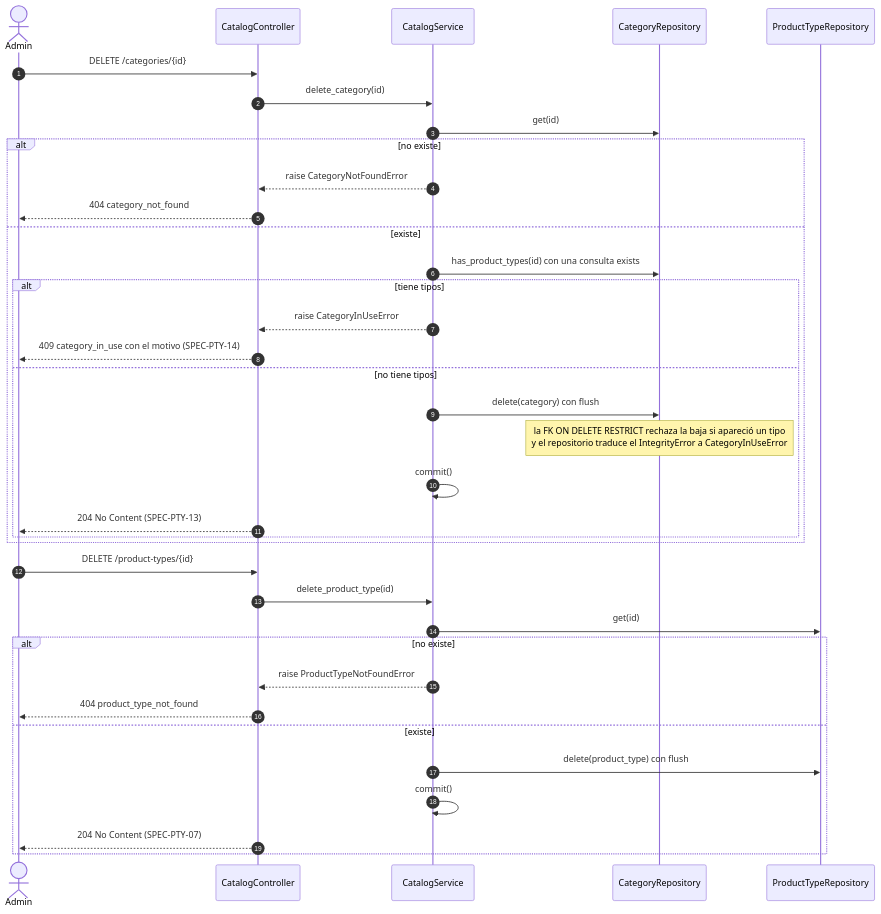
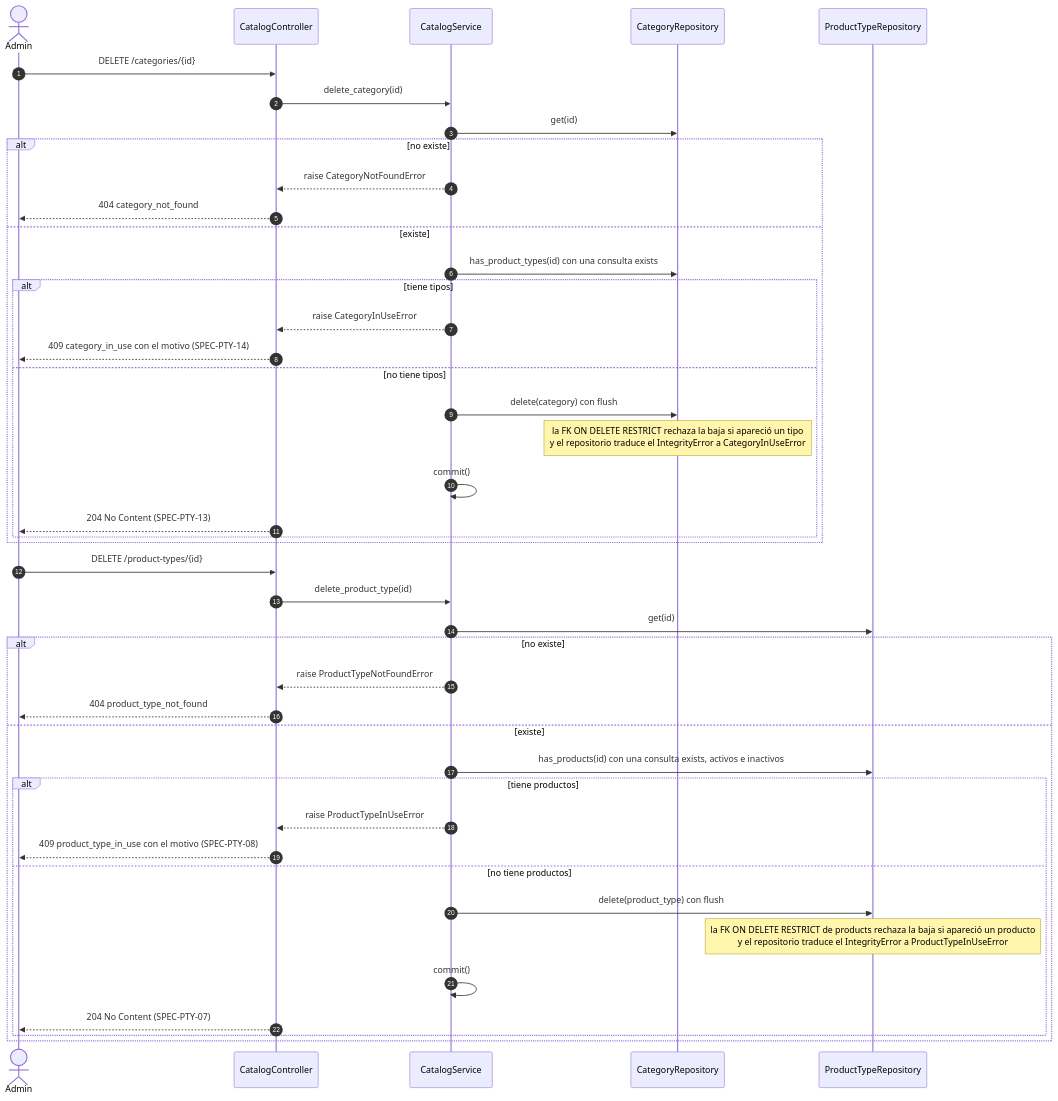
The third of 4 diagrams in diagrams/sequences/02-product-types.md (Diazfe-dev/AyED-III-python-ticket-service), drawn with Mermaid before and after one commit. The commit also changed other lines of this file and 25 other files, not shown here.

Commit message:
feat(product): add products with soft delete, filtered listings and product type delete guard

````diff
--- a/diagrams/sequences/02-product-types.md
+++ b/diagrams/sequences/02-product-types.md
@@ -90,40 +90,47 @@
 ```mermaid
 sequenceDiagram
     autonumber
     actor Admin
     participant PC as CatalogController
     participant CS as CatalogService
     participant CR as CategoryRepository
     participant TR as ProductTypeRepository
 
     Admin->>PC: DELETE /categories/{id}
     PC->>CS: delete_category(id)
     CS->>CR: get(id)
     alt no existe
         CS-->>PC: raise CategoryNotFoundError
         PC-->>Admin: 404 category_not_found
     else existe
         CS->>CR: has_product_types(id) con una consulta exists
         alt tiene tipos
             CS-->>PC: raise CategoryInUseError
             PC-->>Admin: 409 category_in_use con el motivo (SPEC-PTY-14)
         else no tiene tipos
             CS->>CR: delete(category) con flush
             Note over CR: la FK ON DELETE RESTRICT rechaza la baja si apareció un tipo<br/>y el repositorio traduce el IntegrityError a CategoryInUseError
             CS->>CS: commit()
             PC-->>Admin: 204 No Content (SPEC-PTY-13)
         end
     end
 
     Admin->>PC: DELETE /product-types/{id}
     PC->>CS: delete_product_type(id)
     CS->>TR: get(id)
     alt no existe
         CS-->>PC: raise ProductTypeNotFoundError
         PC-->>Admin: 404 product_type_not_found
     else existe
-        CS->>TR: delete(product_type) con flush
-        CS->>CS: commit()
-        PC-->>Admin: 204 No Content (SPEC-PTY-07)
+        CS->>TR: has_products(id) con una consulta exists, activos e inactivos
+        alt tiene productos
+            CS-->>PC: raise ProductTypeInUseError
+            PC-->>Admin: 409 product_type_in_use con el motivo (SPEC-PTY-08)
+        else no tiene productos
+            CS->>TR: delete(product_type) con flush
+            Note over TR: la FK ON DELETE RESTRICT de products rechaza la baja si apareció un producto<br/>y el repositorio traduce el IntegrityError a ProductTypeInUseError
+            CS->>CS: commit()
+            PC-->>Admin: 204 No Content (SPEC-PTY-07)
+        end
     end
 ```
````
